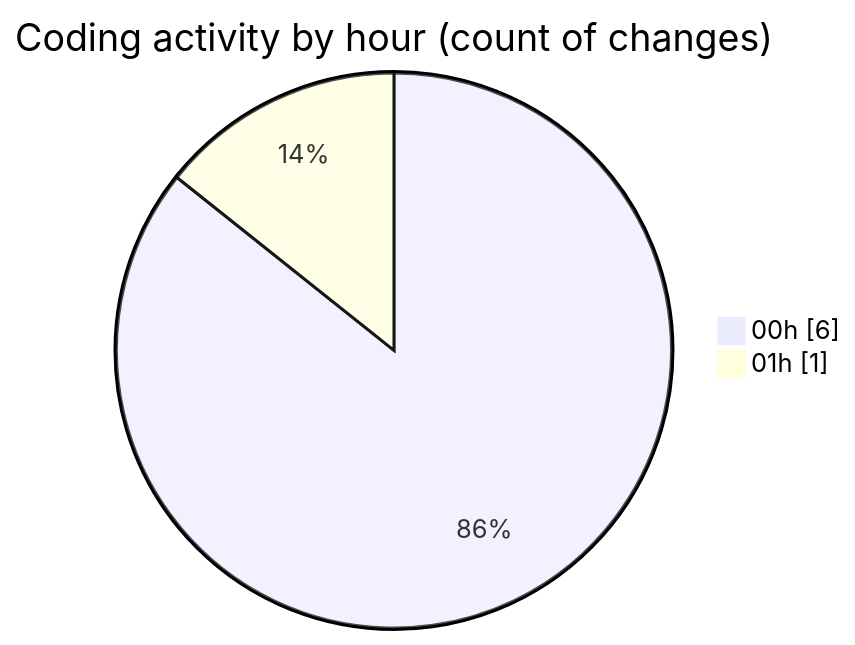
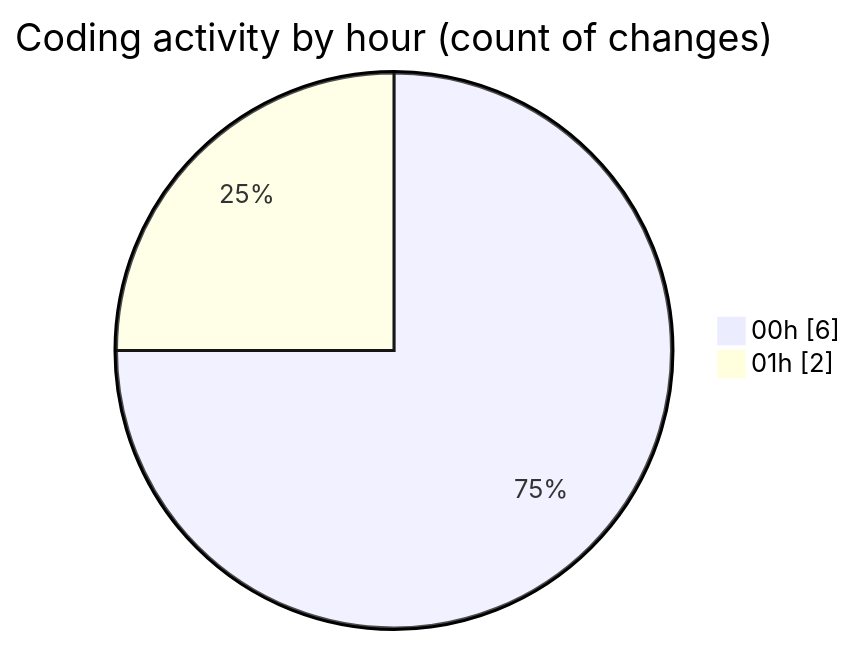
The second of 2 diagrams in 2025-06-22/archive/README.md (JenPaints/code-tracking), drawn with Mermaid before and after one commit. The commit also changed other lines of this file and 1 other file, not shown here.

````diff
--- a/2025-06-22/archive/README.md
+++ b/2025-06-22/archive/README.md
@@ -33,6 +33,6 @@
 ```mermaid
 pie showData
 title Coding activity by hour (count of changes)
 "00h" : 6
-"01h" : 1
+"01h" : 2
 ```
````
